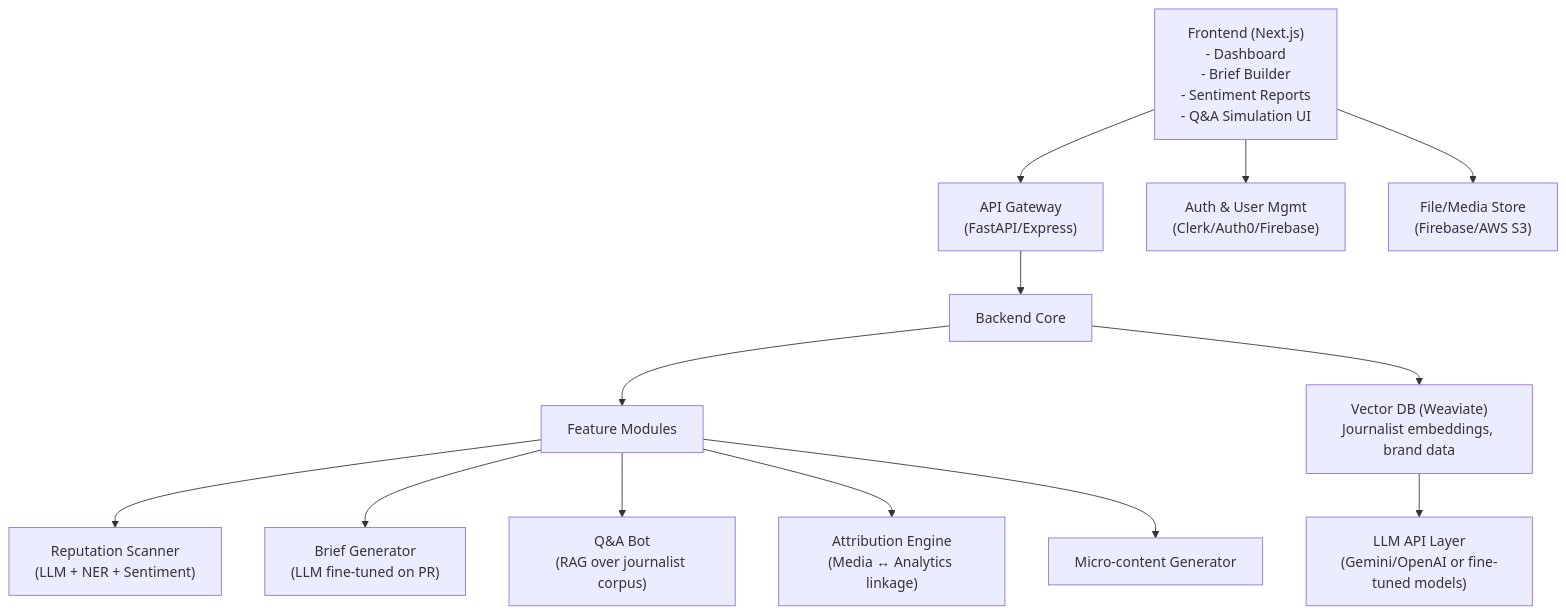
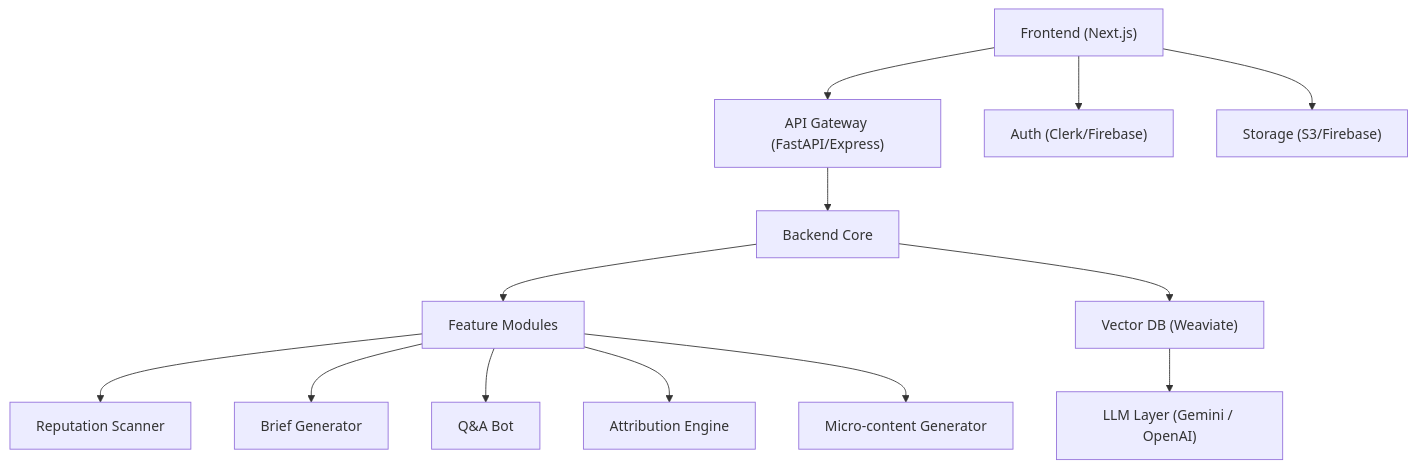
The diagram in readme.md (honeytech1/AI-Full-Stack-PR-Agency), drawn with Mermaid before and after one commit. The commit also changed other lines of this file, not shown here.

````diff
--- a/readme.md
+++ b/readme.md
@@ -221,20 +149,18 @@
 ```mermaid
 graph TD
-    FE["Frontend (Next.js)\n- Dashboard\n- Brief Builder\n- Sentiment Reports\n- Q&A Simulation UI"]
-
-    FE --> APIGW["API Gateway\n(FastAPI/Express)"]
-    FE --> AUTH["Auth & User Mgmt\n(Clerk/Auth0/Firebase)"]
-    FE --> STORAGE["File/Media Store\n(Firebase/AWS S3)"]
+    FE["Frontend (Next.js)"] --> APIGW["API Gateway (FastAPI/Express)"]
+    FE --> AUTH["Auth (Clerk/Firebase)"]
+    FE --> STORAGE["Storage (S3/Firebase)"]
 
     APIGW --> CORE["Backend Core"]
+    CORE --> FM["Feature Modules"]
 
-    CORE --> FM["Feature Modules"]
-    FM --> RS["Reputation Scanner\n(LLM + NER + Sentiment)"]
-    FM --> BG["Brief Generator\n(LLM fine-tuned on PR)"]
-    FM --> QA["Q&A Bot\n(RAG over journalist corpus)"]
-    FM --> AE["Attribution Engine\n(Media ↔ Analytics linkage)"]
+    FM --> RS["Reputation Scanner"]
+    FM --> BG["Brief Generator"]
+    FM --> QA["Q&A Bot"]
+    FM --> AE["Attribution Engine"]
     FM --> MG["Micro-content Generator"]
 
-    CORE --> VECTOR["Vector DB (Weaviate)\nJournalist embeddings, brand data"]
-    VECTOR --> LLM["LLM API Layer\n(Gemini/OpenAI or fine-tuned models)"]
+    CORE --> VECTOR["Vector DB (Weaviate)"]
+    VECTOR --> LLM["LLM Layer (Gemini / OpenAI)"]
 ```
````
